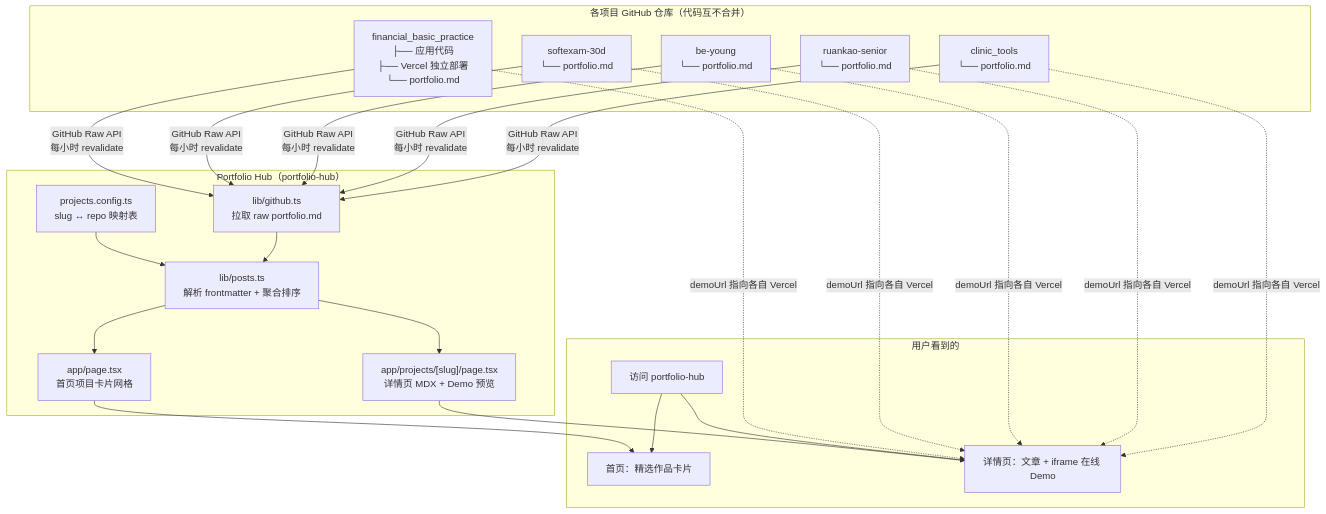
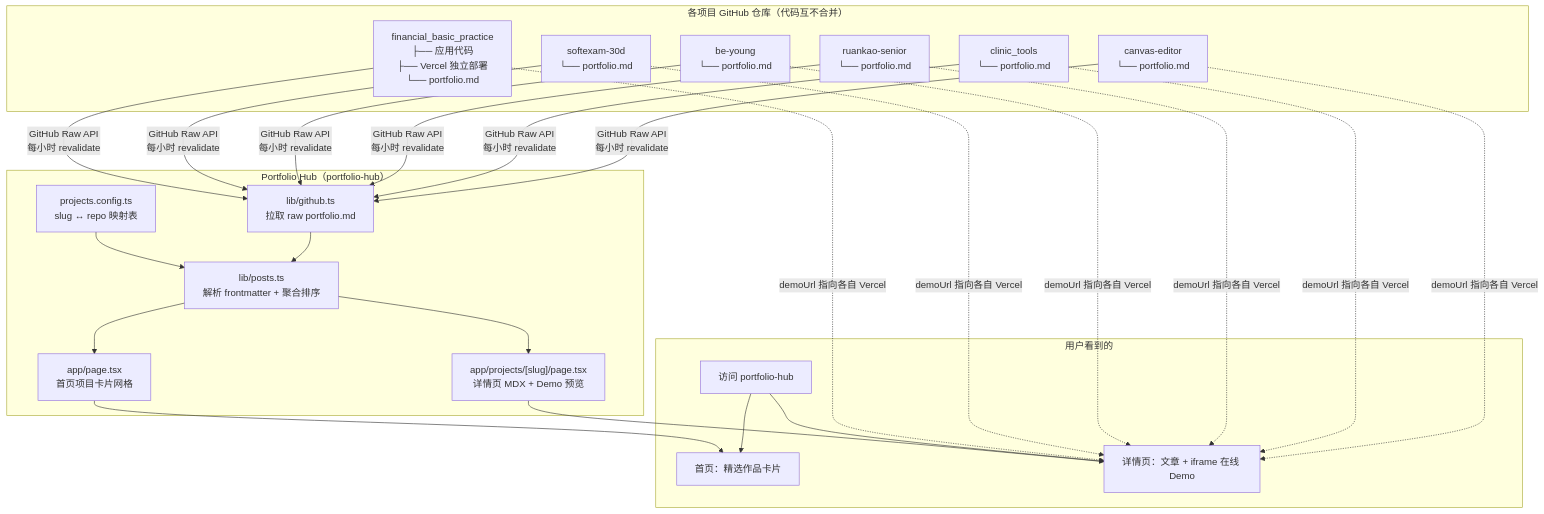
One commit to Bovia/portfolio-hub changed the first of 4 diagrams in docs/architecture.md. Above: the diagram before and after it, drawn with Mermaid.

Commit message:
chore: 触发重新部署以拉取 canvas-editor
canvas-editor 仓库已 push，需重建 Hub 才能在首页展示。

````diff
--- a/docs/architecture.md
+++ b/docs/architecture.md
@@ -9,33 +9,34 @@
 ```mermaid
 flowchart TB
     subgraph 独立项目仓库["各项目 GitHub 仓库（代码互不合并）"]
         P1["financial_basic_practice\n├── 应用代码\n├── Vercel 独立部署\n└── portfolio.md"]
         P2["softexam-30d\n└── portfolio.md"]
         P3["be-young\n└── portfolio.md"]
         P4["ruankao-senior\n└── portfolio.md"]
         P5["clinic_tools\n└── portfolio.md"]
+        P6["canvas-editor\n└── portfolio.md"]
     end
 
     subgraph 唯一合并点["Portfolio Hub（portfolio-hub）"]
         CFG["projects.config.ts\nslug ↔ repo 映射表"]
         GH["lib/github.ts\n拉取 raw portfolio.md"]
         POSTS["lib/posts.ts\n解析 frontmatter + 聚合排序"]
         HOME["app/page.tsx\n首页项目卡片网格"]
         DETAIL["app/projects/[slug]/page.tsx\n详情页 MDX + Demo 预览"]
     end
 
     subgraph 对外展示["用户看到的"]
         USER["访问 portfolio-hub"]
         CARD["首页：精选作品卡片"]
         PAGE["详情页：文章 + iframe 在线 Demo"]
     end
 
-    P1 & P2 & P3 & P4 & P5 -->|"GitHub Raw API\n每小时 revalidate"| GH
+    P1 & P2 & P3 & P4 & P5 & P6 -->|"GitHub Raw API\n每小时 revalidate"| GH
     CFG --> POSTS
     GH --> POSTS
     POSTS --> HOME & DETAIL
     HOME --> CARD
     DETAIL --> PAGE
     USER --> CARD & PAGE
-    P1 & P2 & P3 & P4 & P5 -.->|"demoUrl 指向各自 Vercel"| PAGE
+    P1 & P2 & P3 & P4 & P5 & P6 -.->|"demoUrl 指向各自 Vercel"| PAGE
 ```
````
